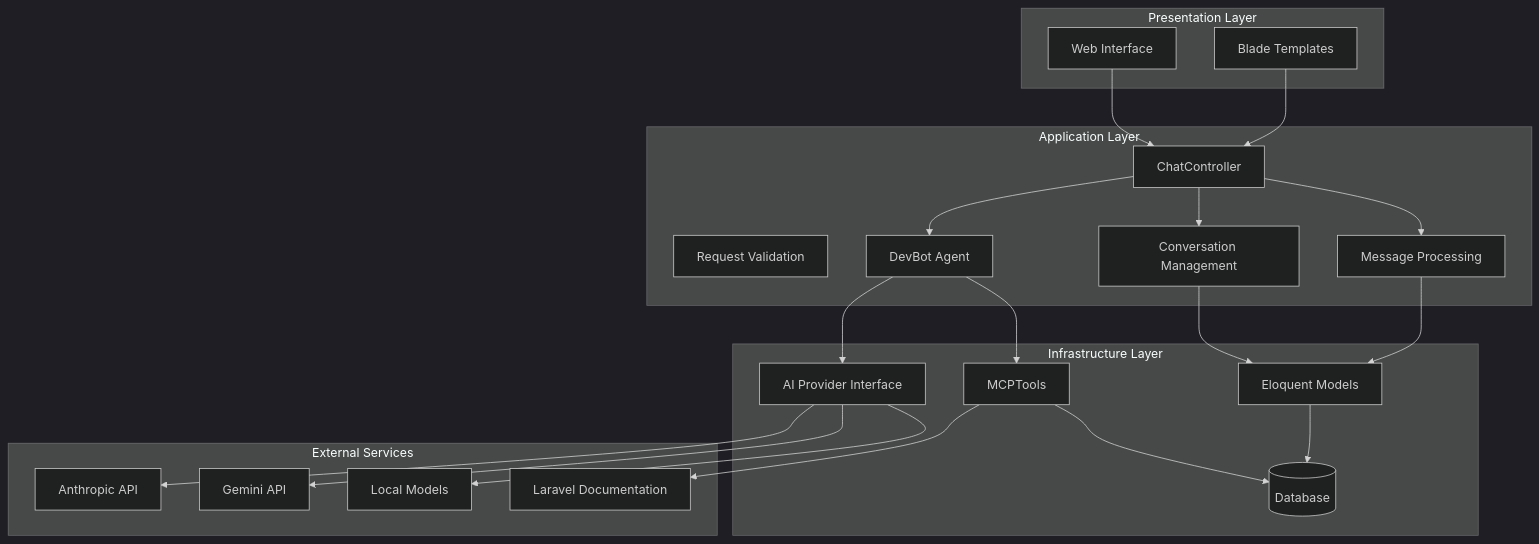
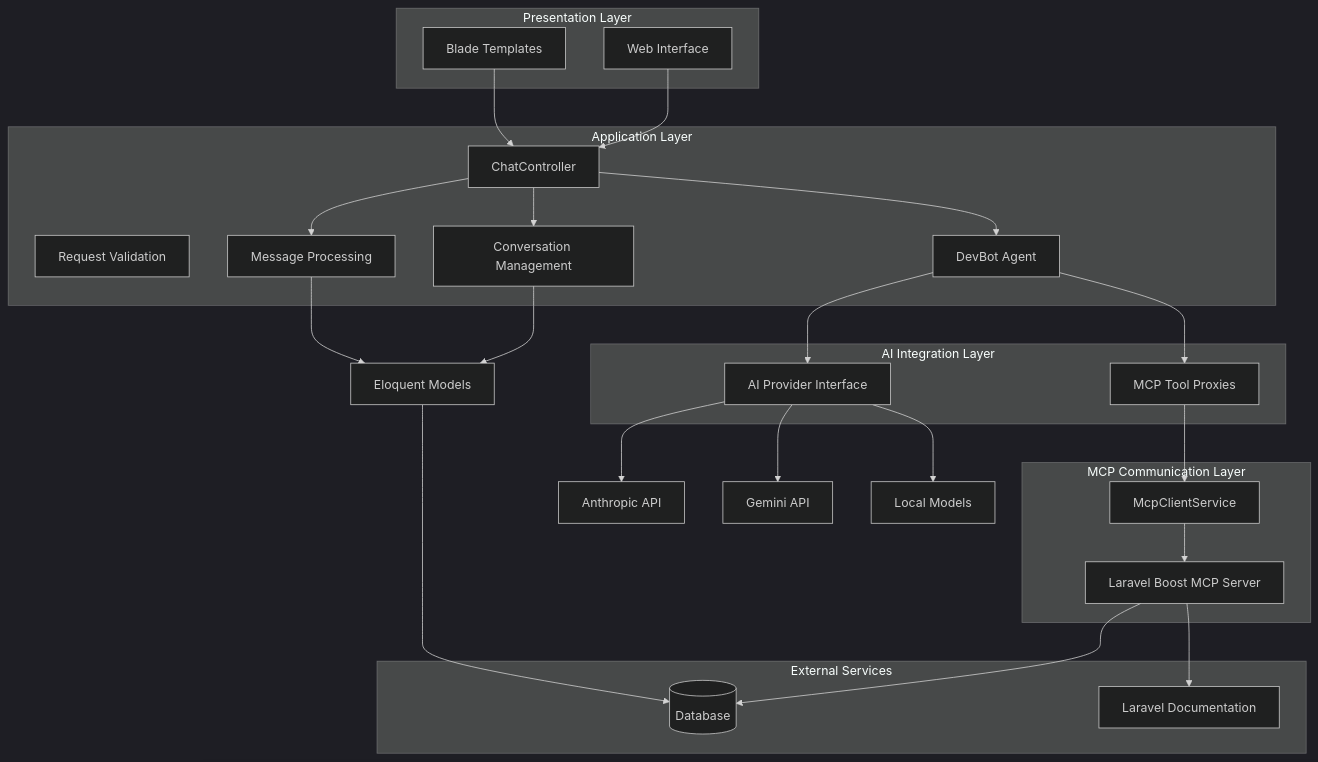
The first of 20 diagrams in .qoder/repowiki/en/content/AI Integration System/Agent System/DevBot AI Agent System.md (siimliimand/laravel-assistant), drawn with Mermaid (dark theme) before and after one commit. The commit also changed other lines of this file and 7 other files, not shown here.

First line of the commit message:
feat(mcp-client): integrate MCP protocol client service for DevBot AI agent tools

````diff
--- a/.qoder/repowiki/en/content/AI Integration System/Agent System/DevBot AI Agent System.md
+++ b/.qoder/repowiki/en/content/AI Integration System/Agent System/DevBot AI Agent System.md
@@ -58,41 +64,43 @@
 ```mermaid
 graph TB
 subgraph "Presentation Layer"
 UI[Web Interface]
 Blade[Blade Templates]
 end
 subgraph "Application Layer"
 Controller[ChatController]
 Middleware[Request Validation]
 Agent[DevBot Agent]
 Conversation[Conversation Management]
 Message[Message Processing]
 end
-subgraph "Infrastructure Layer"
-Models[Eloquent Models]
-Database[(Database)]
+subgraph "AI Integration Layer"
 AI_Provider[AI Provider Interface]
-Tools[MCPTools]
+Tools[MCP Tool Proxies]
+end
+subgraph "MCP Communication Layer"
+McpClientService[McpClientService]
+BoostServer[Laravel Boost MCP Server]
 end
 subgraph "External Services"
-Anthropic[Anthropic API]
-Gemini[Gemini API]
-Local[Local Models]
+Database[(Database)]
 Docs[Laravel Documentation]
 end
 UI --> Controller
 Blade --> Controller
 Controller --> Agent
 Controller --> Conversation
 Controller --> Message
 Agent --> AI_Provider
 Agent --> Tools
-Tools --> Database
-Tools --> Docs
-Conversation --> Models
+Tools --> McpClientService
+McpClientService --> BoostServer
+BoostServer --> Database
+BoostServer --> Docs
+Conversation --> Models[Eloquent Models]
 Message --> Models
 Models --> Database
-AI_Provider --> Anthropic
-AI_Provider --> Gemini
-AI_Provider --> Local
+AI_Provider --> Anthropic[Anthropic API]
+AI_Provider --> Gemini[Gemini API]
+AI_Provider --> Local[Local Models]
 ```
````
